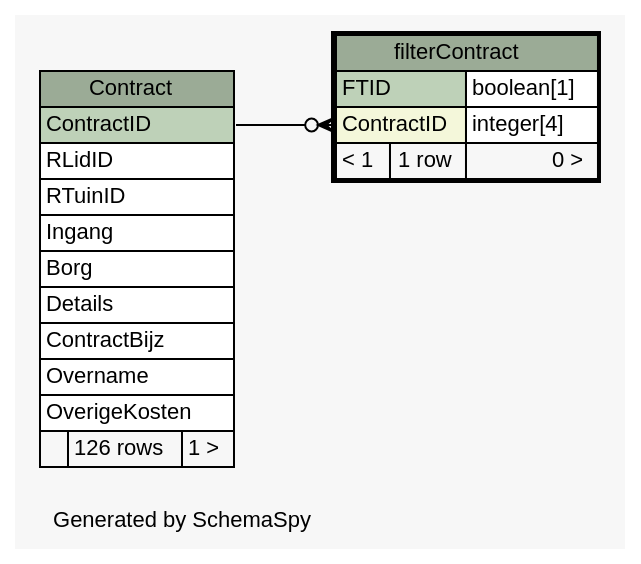
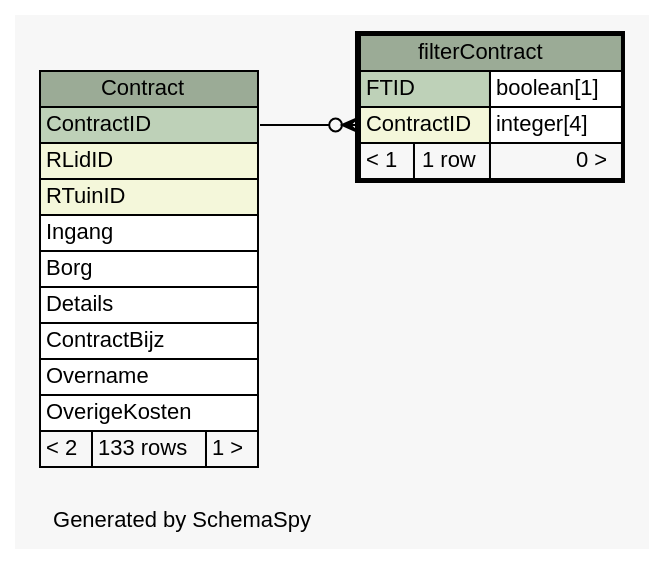
The diagram in db-schema-docs/diagrams/filterContract.1degree.dot (slspeek/ona-volkstuin), drawn with Graphviz before and after one commit. The commit also changed 239 other files, not shown here.

Commit message:
Schema geupdate

```diff
--- a/db-schema-docs/diagrams/filterContract.1degree.dot
+++ b/db-schema-docs/diagrams/filterContract.1degree.dot
@@ -1,52 +1,52 @@
 // dot 2.40.1 on Linux 4.19.0-6-amd64
 // SchemaSpy rev 590
 digraph "oneDegreeRelationshipsDiagram" {
   graph [
     rankdir="RL"
     bgcolor="#f7f7f7"
     label="\nGenerated by SchemaSpy"
     labeljust="l"
     nodesep="0.18"
     ranksep="0.46"
     fontname="Helvetica"
     fontsize="11"
   ];
   node [
     fontname="Helvetica"
     fontsize="11"
     shape="plaintext"
   ];
   edge [
     arrowsize="0.8"
   ];
   "filterContract":"ContractID":w -> "Contract":"ContractID":e [arrowhead=none dir=back arrowtail=crowodot];
   "Contract" [
     label=<
     <TABLE BORDER="0" CELLBORDER="1" CELLSPACING="0" BGCOLOR="#ffffff">
       <TR><TD COLSPAN="3" BGCOLOR="#9bab96" ALIGN="CENTER">Contract</TD></TR>
       <TR><TD PORT="ContractID" COLSPAN="3" BGCOLOR="#bed1b8" ALIGN="LEFT">ContractID</TD></TR>
-      <TR><TD PORT="RLidID" COLSPAN="3" ALIGN="LEFT">RLidID</TD></TR>
-      <TR><TD PORT="RTuinID" COLSPAN="3" ALIGN="LEFT">RTuinID</TD></TR>
+      <TR><TD PORT="RLidID" COLSPAN="3" BGCOLOR="#f4f7da" ALIGN="LEFT">RLidID</TD></TR>
+      <TR><TD PORT="RTuinID" COLSPAN="3" BGCOLOR="#f4f7da" ALIGN="LEFT">RTuinID</TD></TR>
       <TR><TD PORT="Ingang" COLSPAN="3" ALIGN="LEFT">Ingang</TD></TR>
       <TR><TD PORT="Borg" COLSPAN="3" ALIGN="LEFT">Borg</TD></TR>
       <TR><TD PORT="Details" COLSPAN="3" ALIGN="LEFT">Details</TD></TR>
       <TR><TD PORT="ContractBijz" COLSPAN="3" ALIGN="LEFT">ContractBijz</TD></TR>
       <TR><TD PORT="Overname" COLSPAN="3" ALIGN="LEFT">Overname</TD></TR>
       <TR><TD PORT="OverigeKosten" COLSPAN="3" ALIGN="LEFT">OverigeKosten</TD></TR>
-      <TR><TD ALIGN="LEFT" BGCOLOR="#f7f7f7">  </TD><TD ALIGN="RIGHT" BGCOLOR="#f7f7f7">126 rows</TD><TD ALIGN="RIGHT" BGCOLOR="#f7f7f7">1 &gt;</TD></TR>
+      <TR><TD ALIGN="LEFT" BGCOLOR="#f7f7f7">&lt; 2</TD><TD ALIGN="RIGHT" BGCOLOR="#f7f7f7">133 rows</TD><TD ALIGN="RIGHT" BGCOLOR="#f7f7f7">1 &gt;</TD></TR>
     </TABLE>>
     URL="Contract.html"
     tooltip="Contract"
   ];
   "filterContract" [
     label=<
     <TABLE BORDER="2" CELLBORDER="1" CELLSPACING="0" BGCOLOR="#ffffff">
       <TR><TD COLSPAN="3" BGCOLOR="#9bab96" ALIGN="CENTER">filterContract</TD></TR>
       <TR><TD PORT="FTID" COLSPAN="2" BGCOLOR="#bed1b8" ALIGN="LEFT">FTID</TD><TD PORT="FTID.type" ALIGN="LEFT">boolean[1]</TD></TR>
       <TR><TD PORT="ContractID" COLSPAN="2" BGCOLOR="#f4f7da" ALIGN="LEFT">ContractID</TD><TD PORT="ContractID.type" ALIGN="LEFT">integer[4]</TD></TR>
       <TR><TD ALIGN="LEFT" BGCOLOR="#f7f7f7">&lt; 1</TD><TD ALIGN="RIGHT" BGCOLOR="#f7f7f7">1 row</TD><TD ALIGN="RIGHT" BGCOLOR="#f7f7f7">0 &gt;</TD></TR>
     </TABLE>>
     URL="filterContract.html"
     tooltip="filterContract"
   ];
 }
```
